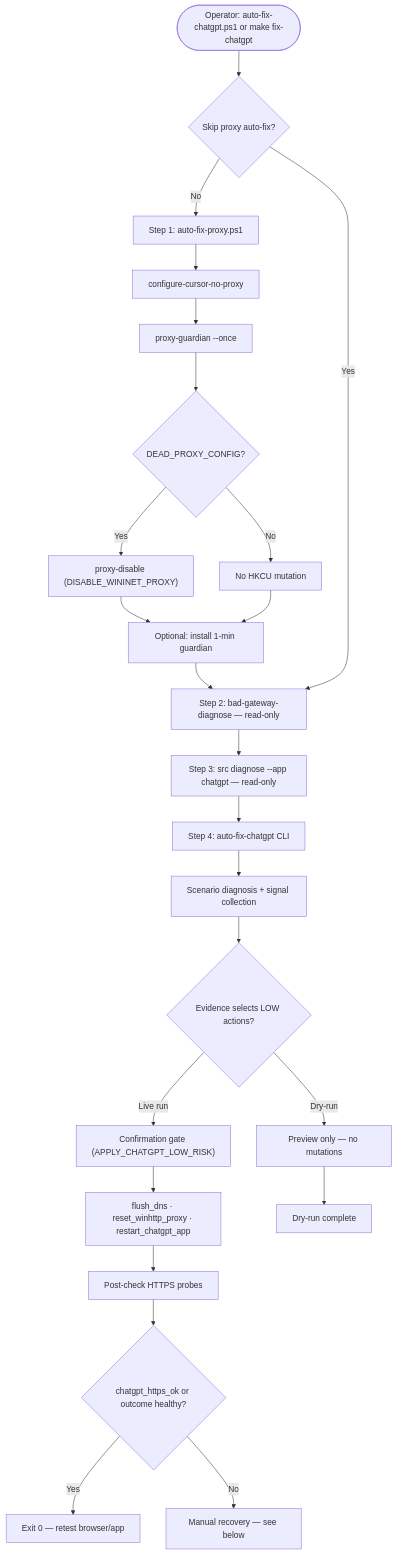
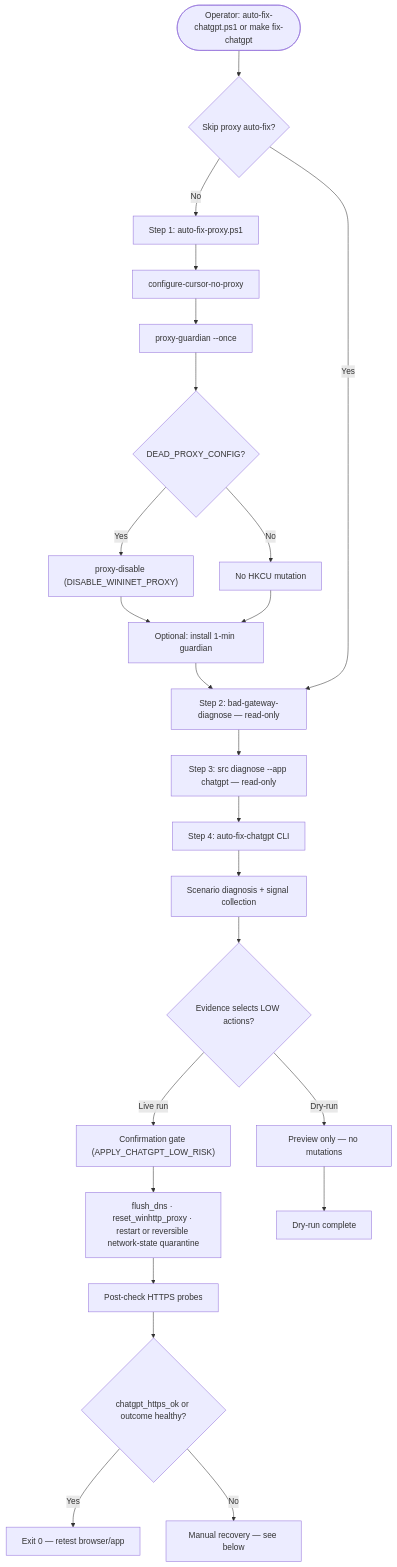
One commit to Kozphy/Windows-Network-Recovery-Toolkit changed the diagram in docs/chatgpt-auto-fix.md. Above: the diagram before and after it, drawn with Mermaid. The commit also changed other lines of this file and 13 other files, not shown here.

First line of the commit message:
Add gated ChatGPT cold-restart with Network Persistent State quarantine.

````diff
--- a/docs/chatgpt-auto-fix.md
+++ b/docs/chatgpt-auto-fix.md
@@ -23,29 +24,29 @@
 ```mermaid
 flowchart TD
     START([Operator: auto-fix-chatgpt.ps1 or make fix-chatgpt]) --> S1{Skip proxy auto-fix?}
 
     S1 -->|No| P1[Step 1: auto-fix-proxy.ps1]
     P1 --> P1a[configure-cursor-no-proxy]
     P1a --> P1b[proxy-guardian --once]
     P1b --> P1c{DEAD_PROXY_CONFIG?}
     P1c -->|Yes| P1d["proxy-disable (DISABLE_WININET_PROXY)"]
     P1c -->|No| P1e[No HKCU mutation]
     P1d --> P1f[Optional: install 1-min guardian]
     P1e --> P1f
     P1f --> S2
 
     S1 -->|Yes| S2[Step 2: bad-gateway-diagnose — read-only]
     S2 --> S3[Step 3: src diagnose --app chatgpt — read-only]
     S3 --> S4[Step 4: auto-fix-chatgpt CLI]
 
     S4 --> S4a[Scenario diagnosis + signal collection]
     S4a --> S4b{Evidence selects LOW actions?}
     S4b -->|Live run| S4c["Confirmation gate (APPLY_CHATGPT_LOW_RISK)"]
-    S4c --> S4d["flush_dns · reset_winhttp_proxy · restart_chatgpt_app"]
+    S4c --> S4d["flush_dns · reset_winhttp_proxy · restart or reversible network-state quarantine"]
     S4b -->|Dry-run| S4e[Preview only — no mutations]
     S4d --> S5[Post-check HTTPS probes]
     S4e --> END2[Dry-run complete]
     S5 --> END{chatgpt_https_ok or outcome healthy?}
     END -->|Yes| OK[Exit 0 — retest browser/app]
     END -->|No| REC[Manual recovery — see below]
 ```
````
